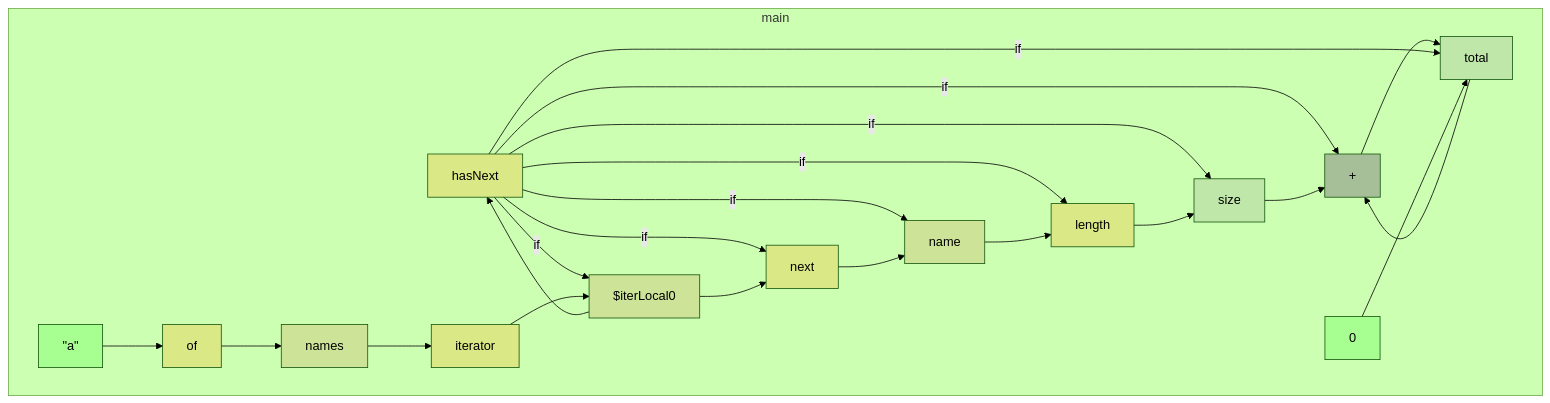
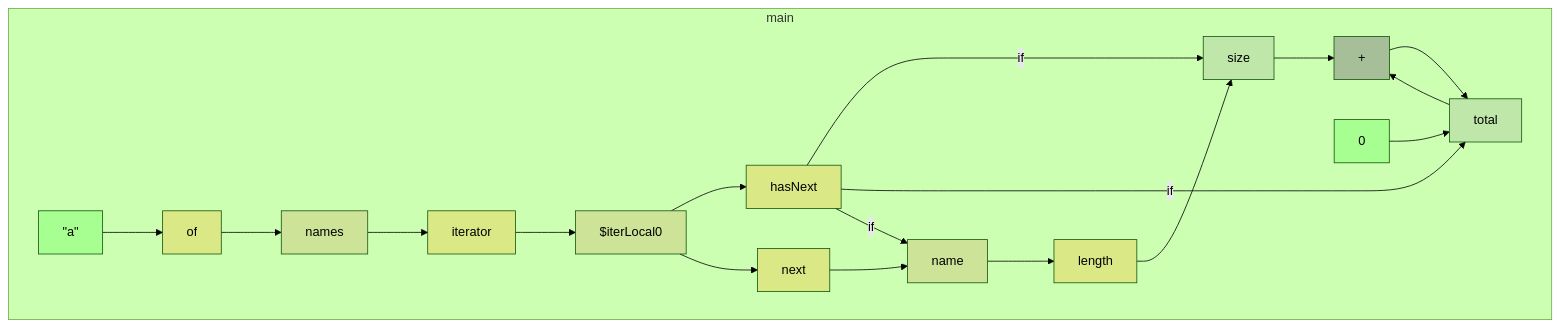
The diagram in app/src/test/resources/enhancedFor/spike-truth.md (gstiebler/codeflow), drawn with Mermaid (forest theme) before and after one commit. The commit also changed 21 other files, not shown here.

````diff
--- a/app/src/test/resources/enhancedFor/spike-truth.md
+++ b/app/src/test/resources/enhancedFor/spike-truth.md
@@ -3,45 +3,41 @@
 ```mermaid
 flowchart TD
   subgraph m0["main"]
     n0["+"]:::BIN_OP
     n1["hasNext"]:::EXTERNAL
     n2["iterator"]:::EXTERNAL
     n3["length"]:::EXTERNAL
     n4["next"]:::EXTERNAL
     n5["of"]:::EXTERNAL
     n6["#quot;a#quot;"]:::LITERAL
     n7["0"]:::LITERAL
     n8["$iterLocal0"]:::OBJ_VARIABLE
     n9["name"]:::OBJ_VARIABLE
     n10["names"]:::OBJ_VARIABLE
     n11["size"]:::VARIABLE
     n12["total"]:::VARIABLE
   end
   n0 --> n12
-  n1 -->|if| n0
   n1 -->|if| n11
   n1 -->|if| n12
-  n1 -->|if| n3
-  n1 -->|if| n4
-  n1 -->|if| n8
   n1 -->|if| n9
   n10 --> n2
   n11 --> n0
   n12 --> n0
   n2 --> n8
   n3 --> n11
   n4 --> n9
   n5 --> n10
   n6 --> n5
   n7 --> n12
   n8 --> n1
   n8 --> n4
   n9 --> n3
   classDef LITERAL fill:#00FF0030
   classDef VARIABLE fill:#80808030
   classDef BIN_OP fill:#80808080
   classDef FUNC_PARAM fill:#8080FF30
   classDef RETURN fill:#FF808080
   classDef EXTERNAL fill:#FFA50040
   classDef UNMODELLED fill:#FF000030,stroke-dasharray: 4 2
 ```
````
